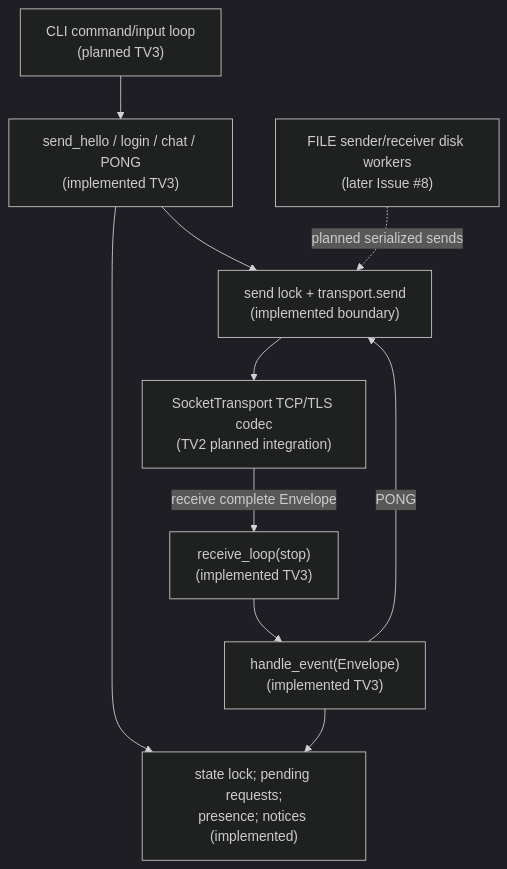
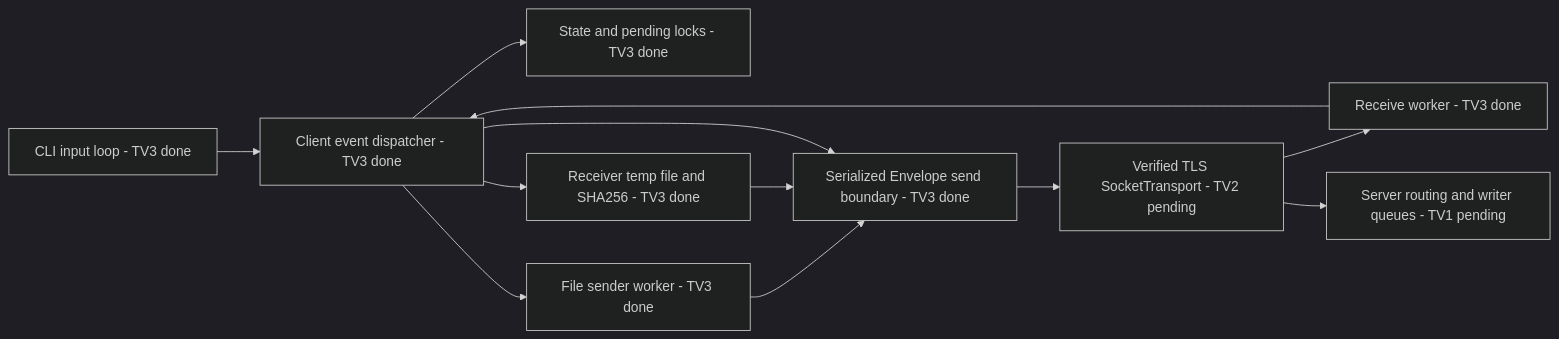
Before and after one commit to 1K-Keem/lan-collab: the diagram in docs/diagrams/client-issue7-concurrency.md, drawn with Mermaid (dark theme). The commit also changed other lines of this file and 18 other files, not shown here.

Commit message:
feat(tv3): add CLI, UDP discovery, file client, tests and diagrams

````diff
--- a/docs/diagrams/client-issue7-concurrency.md
+++ b/docs/diagrams/client-issue7-concurrency.md
@@ -5,20 +3,23 @@
 ```mermaid
-flowchart TB
-    CLI["CLI command/input loop<br/>(planned TV3)"]
-    RCV["receive_loop(stop)<br/>(implemented TV3)"]
-    EVENTS["handle_event(Envelope)<br/>(implemented TV3)"]
-    SND["send_hello / login / chat / PONG<br/>(implemented TV3)"]
-    LOCK["send lock + transport.send<br/>(implemented boundary)"]
-    STATE["state lock; pending requests;<br/>presence; notices (implemented)"]
-    SOCKET["SocketTransport TCP/TLS codec<br/>(TV2 planned integration)"]
-    FILE["FILE sender/receiver disk workers<br/>(later Issue #8)"]
-    CLI --> SND
-    RCV --> EVENTS
+flowchart LR
+    INPUT["CLI input loop - TV3 done"]
+    RECEIVE["Receive worker - TV3 done"]
+    EVENTS["Client event dispatcher - TV3 done"]
+    STATE["State and pending locks - TV3 done"]
+    FILE["File sender worker - TV3 done"]
+    DISK["Receiver temp file and SHA256 - TV3 done"]
+    SEND["Serialized Envelope send boundary - TV3 done"]
+    SOCKET["Verified TLS SocketTransport - TV2 pending"]
+    SERVER["Server routing and writer queues - TV1 pending"]
+    INPUT --> EVENTS
+    RECEIVE --> EVENTS
     EVENTS --> STATE
-    EVENTS -->|PONG| LOCK
-    SND --> STATE
-    SND --> LOCK
-    FILE -.->|planned serialized sends| LOCK
-    SOCKET -->|receive complete Envelope| RCV
-    LOCK --> SOCKET
+    EVENTS --> FILE
+    EVENTS --> DISK
+    FILE --> SEND
+    DISK --> SEND
+    EVENTS --> SEND
+    SEND --> SOCKET
+    SOCKET --> RECEIVE
+    SOCKET --> SERVER
 ```
````
